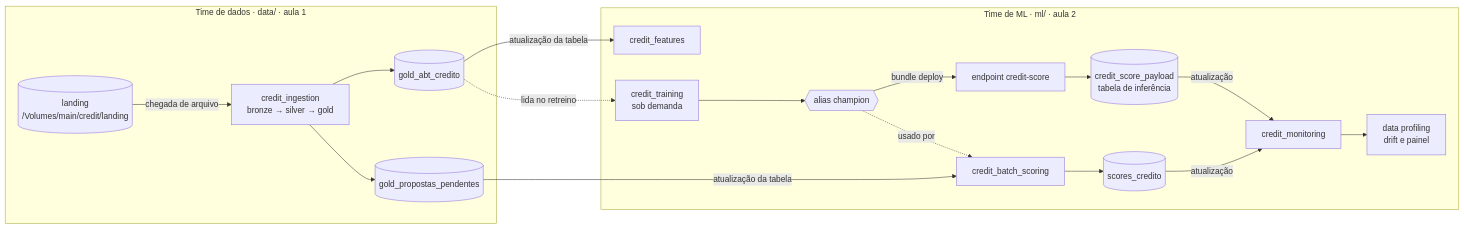
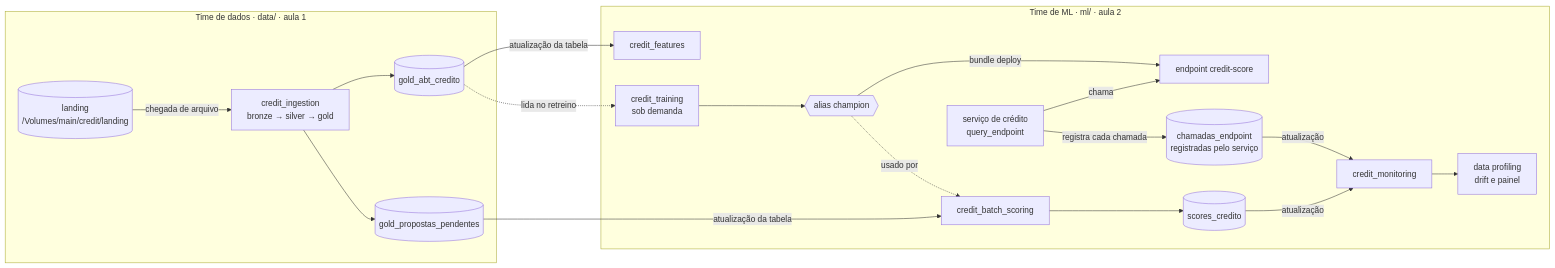
One commit to arthurantunesribeiro/engenharia-e-mlops-ds-accelerator changed the first of 3 diagrams in README.md. Above: the diagram before and after it, drawn with Mermaid. The commit also changed other lines of this file and 8 other files, not shown here.

First line of the commit message:
feat: O serviço registra as chamadas ao endpoint

````diff
--- a/README.md
+++ b/README.md
@@ -82,36 +82,38 @@
 ```mermaid
 flowchart LR
     subgraph DATA["Time de dados · data/ · aula 1"]
         landing[("landing<br/>/Volumes/main/credit/landing")]
         ingestion["credit_ingestion<br/>bronze → silver → gold"]
         abt[("gold_abt_credito")]
         pending[("gold_propostas_pendentes")]
         landing -- "chegada de arquivo" --> ingestion
         ingestion --> abt
         ingestion --> pending
     end
 
     subgraph ML["Time de ML · ml/ · aula 2"]
         features["credit_features"]
         training["credit_training<br/>sob demanda"]
         champion{{"alias champion"}}
         endpoint["endpoint credit-score"]
         scoring["credit_batch_scoring"]
-        payload[("credit_score_payload<br/>tabela de inferência")]
+        service["serviço de crédito<br/>query_endpoint"]
+        calls[("chamadas_endpoint<br/>registradas pelo serviço")]
         scores[("scores_credito")]
         monitoring["credit_monitoring"]
         profiling["data profiling<br/>drift e painel"]
         training --> champion
         champion -- "bundle deploy" --> endpoint
         champion -. "usado por" .-> scoring
-        endpoint --> payload
+        service -- "chama" --> endpoint
+        service -- "registra cada chamada" --> calls
         scoring --> scores
-        payload -- "atualização" --> monitoring
+        calls -- "atualização" --> monitoring
         scores -- "atualização" --> monitoring
         monitoring --> profiling
     end
 
     abt -- "atualização da tabela" --> features
     abt -. "lida no retreino" .-> training
     pending -- "atualização da tabela" --> scoring
 ```
````
